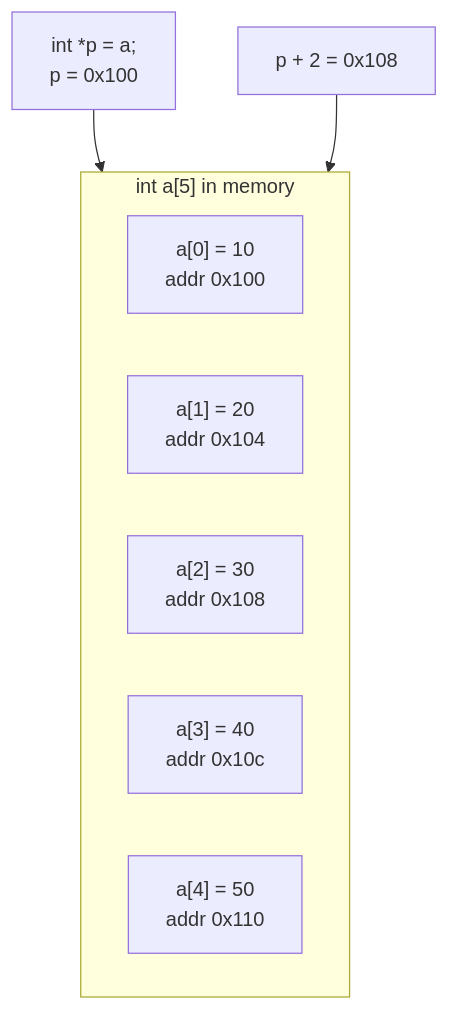
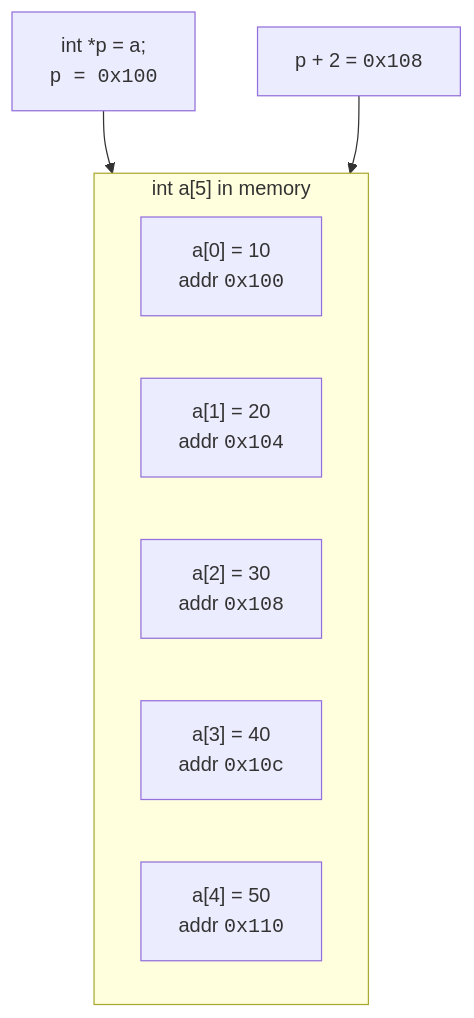
The diagram in content/learn/c-programming-for-beginners/pointers-and-arrays.mdx (dataslope/dataslope), drawn with Mermaid before and after one commit. The commit also changed 218 other files, not shown here.

First line of the commit message:
Render code-only mermaid shapes in monospace; convert step sequences to Steps (#467)

````diff
--- a/content/learn/c-programming-for-beginners/pointers-and-arrays.mdx
+++ b/content/learn/c-programming-for-beginners/pointers-and-arrays.mdx
@@ -239,13 +239,13 @@
 ```mermaid
 flowchart TB
     subgraph "int a[5] in memory"
       direction LR
-      C0["a[0] = 10<br/>addr 0x100"]
-      C1["a[1] = 20<br/>addr 0x104"]
-      C2["a[2] = 30<br/>addr 0x108"]
-      C3["a[3] = 40<br/>addr 0x10c"]
-      C4["a[4] = 50<br/>addr 0x110"]
+      C0["a[0] = 10<br/>addr <code>0x100</code>"]
+      C1["a[1] = 20<br/>addr <code>0x104</code>"]
+      C2["a[2] = 30<br/>addr <code>0x108</code>"]
+      C3["a[3] = 40<br/>addr <code>0x10c</code>"]
+      C4["a[4] = 50<br/>addr <code>0x110</code>"]
     end
-    P["int *p = a;<br/>p = 0x100"] --> C0
-    Q["p + 2 = 0x108"] --> C2
+    P["int *p = a;<br/><code>p = 0x100</code>"] --> C0
+    Q["p + 2 = <code>0x108</code>"] --> C2
 ```
````
